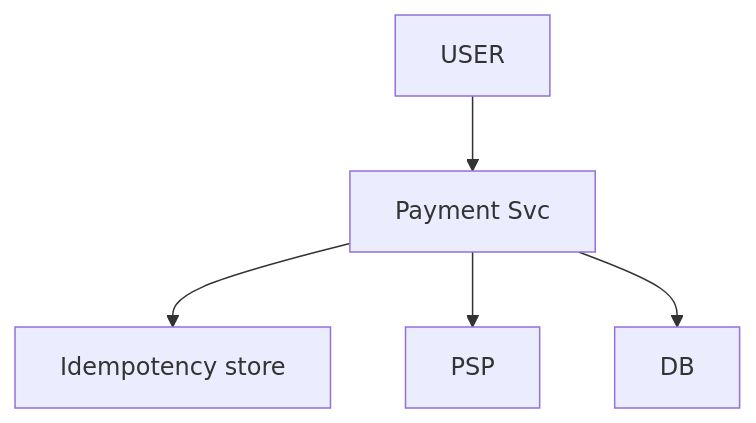
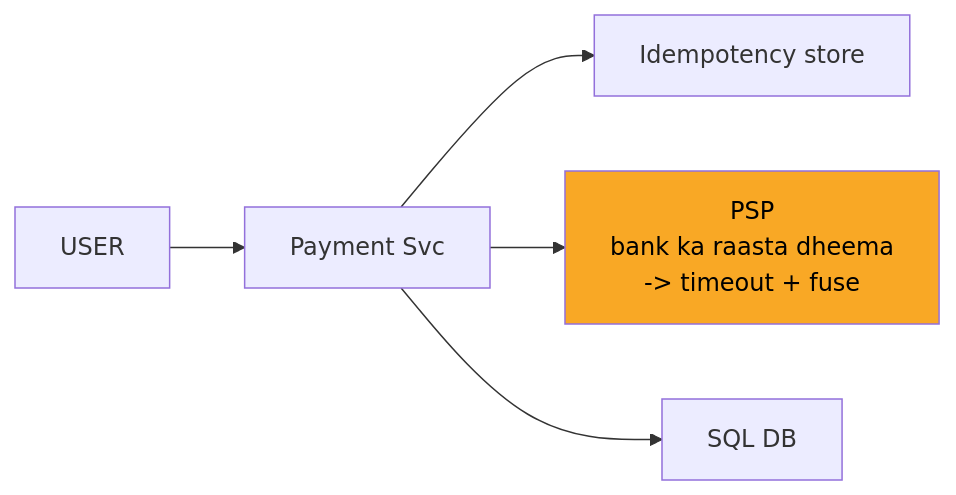
The fifth of 12 diagrams in 04_HLD/SYSTEM_DESIGNS/06_payment_system/06_payment_system.md (ArpanMaheshwari144/Prep), drawn with Mermaid before and after one commit. The commit also changed other lines of this file and 2 other files, not shown here.

Commit message:
notification, payment, file upload: one-day story, short cards, follow-ups with rules, highlighted diagrams

````diff
--- a/04_HLD/SYSTEM_DESIGNS/06_payment_system/06_payment_system.md
+++ b/04_HLD/SYSTEM_DESIGNS/06_payment_system/06_payment_system.md
@@ -182,12 +199,13 @@
 ```mermaid
-flowchart TD
+flowchart LR
     n_USER["USER"]
     n_Payment_Svc["Payment Svc"]
     n_Idempotency_store["Idempotency store"]
-    n_PSP["PSP"]
-    n_DB["DB"]
+    n_PSP["PSP<br/>bank ka raasta dheema<br/>-> timeout + fuse"]
+    n_DB["SQL DB"]
     n_USER --> n_Payment_Svc
     n_Payment_Svc --> n_Idempotency_store
     n_Payment_Svc --> n_PSP
     n_Payment_Svc --> n_DB
+    style n_PSP fill:#f9a825,color:#000
 ```
````
